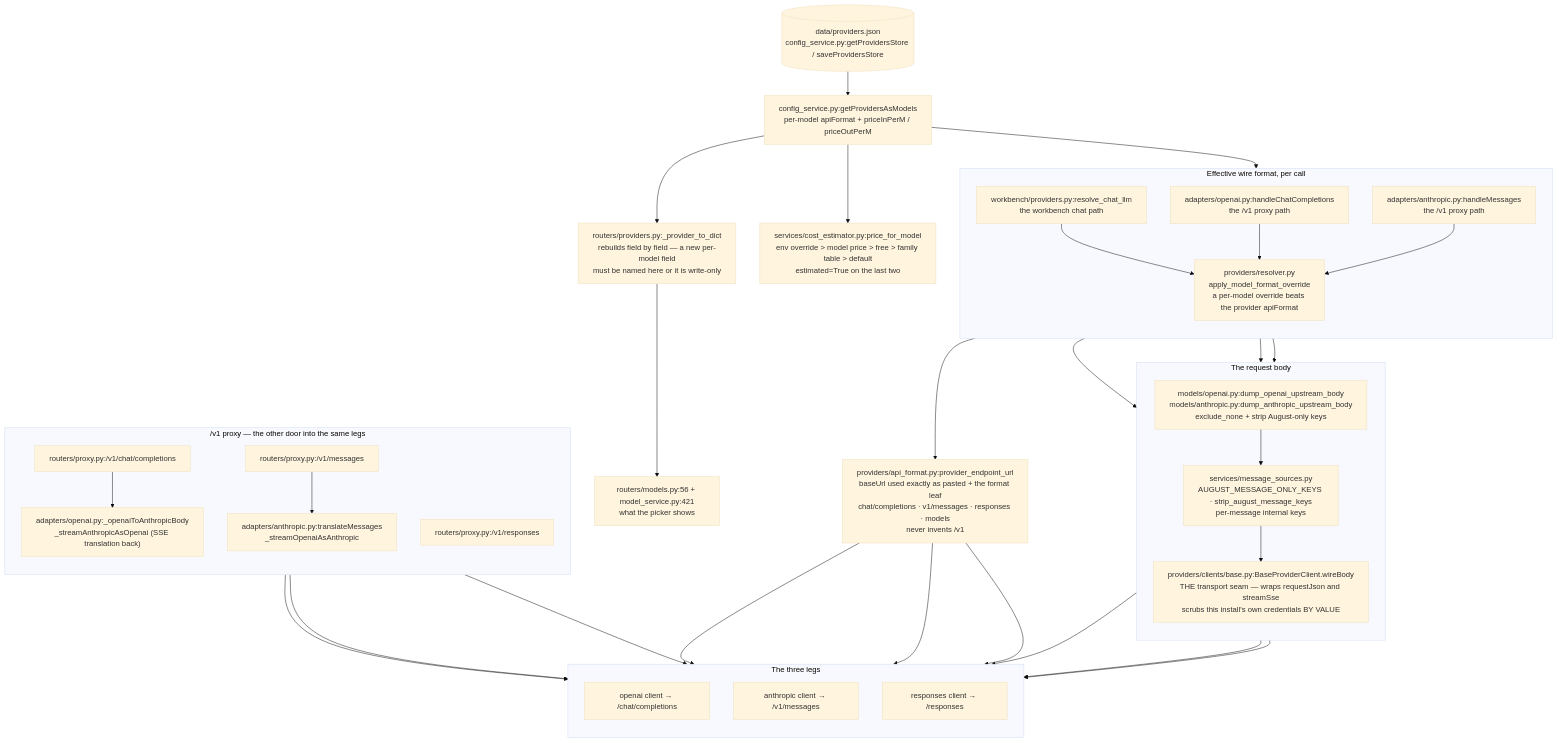
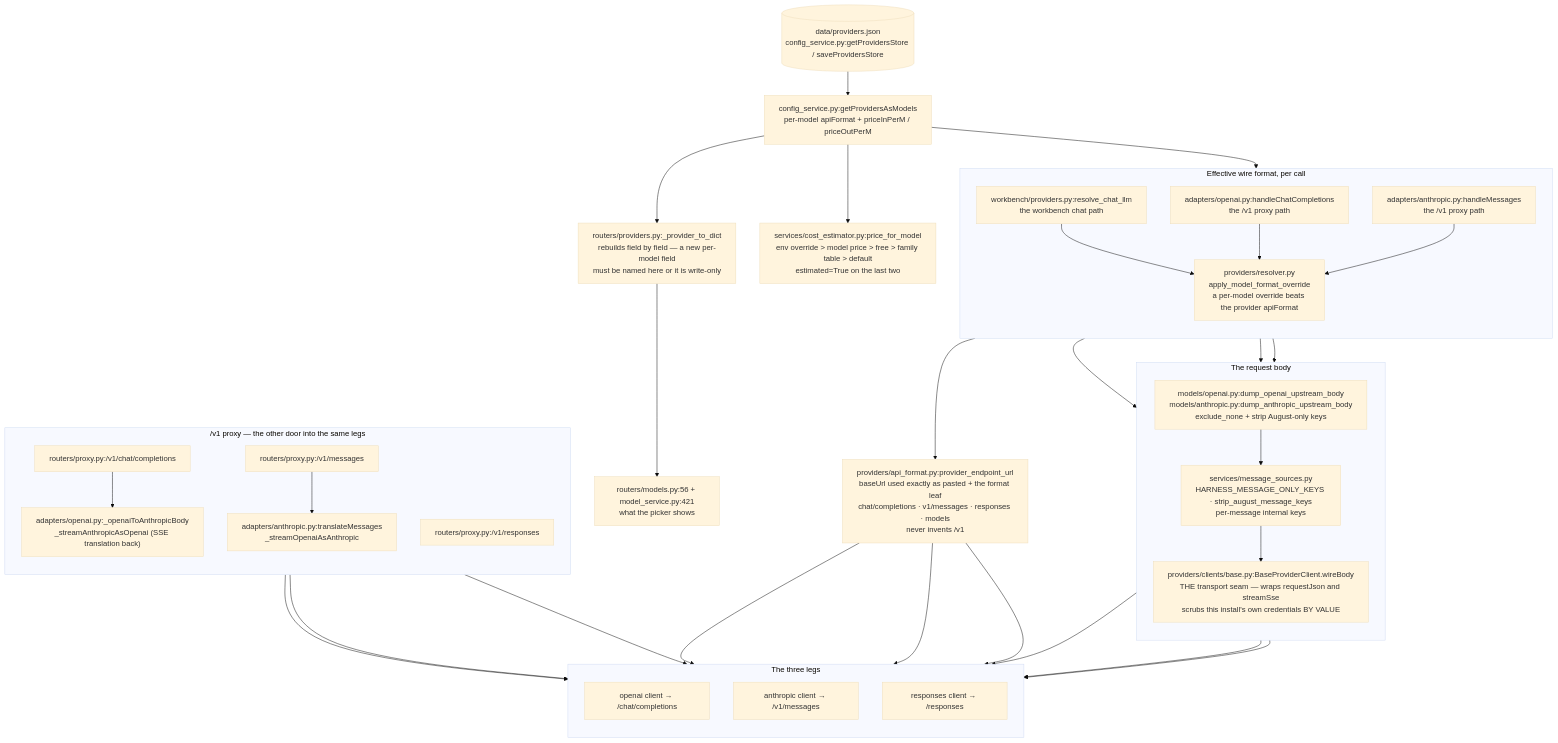
One commit to KILLER3UG/august-proxy changed the fifth of 6 diagrams in docs/ARCHITECTURE_FLOW.md. Above: the diagram before and after it, drawn with Mermaid (base theme). The commit also changed 163 other files, not shown here.

First line of the commit message:
rename: the project is august-harness, and the env prefix moved with it

````diff
--- a/docs/ARCHITECTURE_FLOW.md
+++ b/docs/ARCHITECTURE_FLOW.md
@@ -338,63 +338,63 @@
 ```mermaid
 flowchart TB
   STORE[("data/providers.json<br/>config_service.py:getProvidersStore / saveProvidersStore")]
   MODELS["config_service.py:getProvidersAsModels<br/>per-model apiFormat + priceInPerM / priceOutPerM"]
   PDICT["routers/providers.py:_provider_to_dict<br/>rebuilds field by field — a new per-model field<br/>must be named here or it is write-only"]
   PICK["routers/models.py:56 + model_service.py:421<br/>what the picker shows"]
 
   subgraph pick1["Effective wire format, per call"]
     direction TB
     R1["workbench/providers.py:resolve_chat_llm<br/>the workbench chat path"]
     R2["adapters/openai.py:handleChatCompletions<br/>the /v1 proxy path"]
     R3["adapters/anthropic.py:handleMessages<br/>the /v1 proxy path"]
     RES["providers/resolver.py<br/>apply_model_format_override<br/>a per-model override beats the provider apiFormat"]
     R1 --> RES
     R2 --> RES
     R3 --> RES
   end
 
   URL["providers/api_format.py:provider_endpoint_url<br/>baseUrl used exactly as pasted + the format leaf<br/>chat/completions · v1/messages · responses · models<br/>never invents /v1"]
 
   subgraph body["The request body"]
     direction TB
     DUMP["models/openai.py:dump_openai_upstream_body<br/>models/anthropic.py:dump_anthropic_upstream_body<br/>exclude_none + strip August-only keys"]
-    STRIP["services/message_sources.py<br/>AUGUST_MESSAGE_ONLY_KEYS · strip_august_message_keys<br/>per-message internal keys"]
+    STRIP["services/message_sources.py<br/>HARNESS_MESSAGE_ONLY_KEYS · strip_august_message_keys<br/>per-message internal keys"]
     WIRE["providers/clients/base.py:BaseProviderClient.wireBody<br/>THE transport seam — wraps requestJson and streamSse<br/>scrubs this install's own credentials BY VALUE"]
   end
 
   subgraph legs["The three legs"]
     direction TB
     L1["openai client → /chat/completions"]
     L2["anthropic client → /v1/messages"]
     L3["responses client → /responses"]
   end
 
   subgraph proxy["/v1 proxy — the other door into the same legs"]
     direction TB
     P1["routers/proxy.py:/v1/chat/completions"]
     P2["routers/proxy.py:/v1/messages"]
     P3["routers/proxy.py:/v1/responses"]
     X1["adapters/openai.py:_openaiToAnthropicBody<br/>_streamAnthropicAsOpenai (SSE translation back)"]
     X2["adapters/anthropic.py:translateMessages<br/>_streamOpenaiAsAnthropic"]
   end
 
   PRICE["services/cost_estimator.py:price_for_model<br/>env override > model price > free > family table > default<br/>estimated=True on the last two"]
 
   STORE --> MODELS --> PDICT --> PICK
   MODELS --> R1
   R1 --> DUMP
   R2 --> DUMP
   R3 --> DUMP
   DUMP --> STRIP --> WIRE
   RES --> URL
   URL --> L1
   URL --> L2
   URL --> L3
   WIRE --> L1
   WIRE --> L2
   WIRE --> L3
   P1 --> X1 --> L2
   P2 --> X2 --> L1
   P3 --> L3
   MODELS --> PRICE
 ```
````
